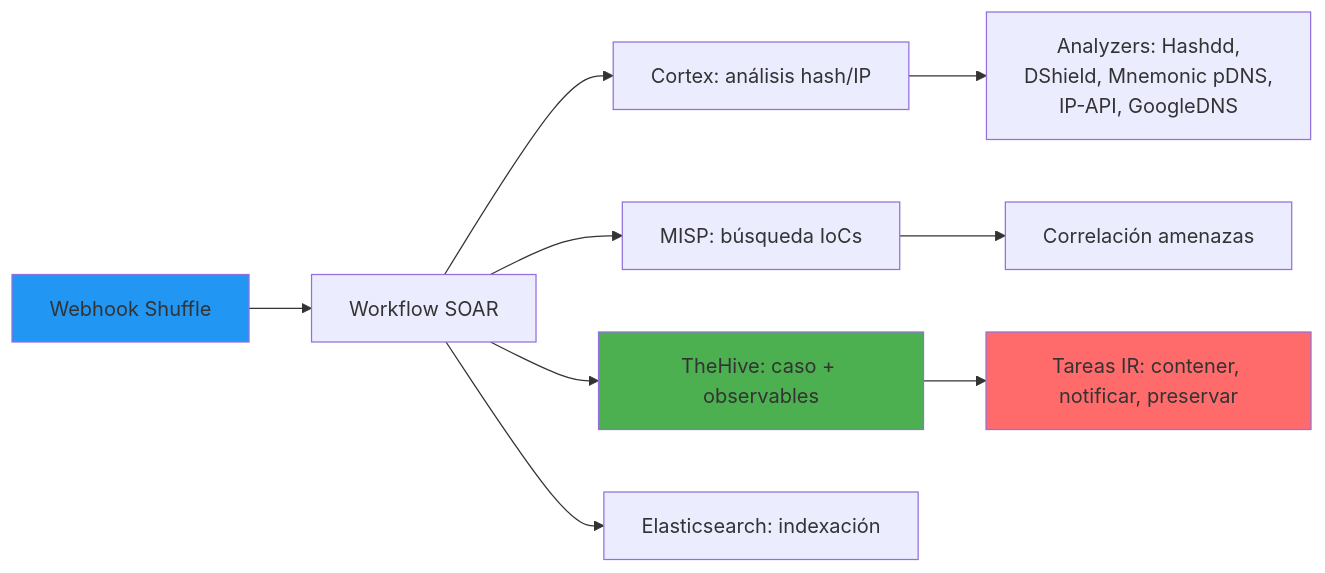
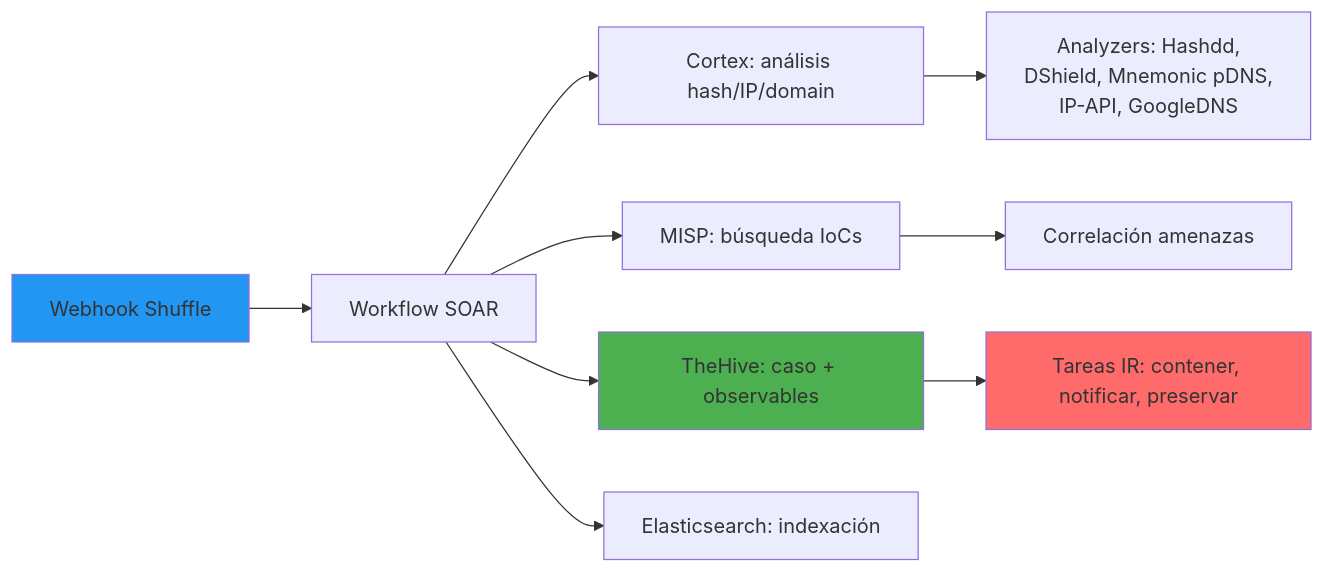
Before and after one commit to alesanfe/soar-ransomware-lab: diagram 12 of 12 in docs/thesis/appendix_f.md, drawn with Mermaid. The commit also changed other lines of this file, not shown here.

First line of the commit message:
fix(thesis): Anexo F - corrige incoherencias en diagramas Mermaid

````diff
--- a/docs/thesis/appendix_f.md
+++ b/docs/thesis/appendix_f.md
@@ -420,14 +422,14 @@
 ```mermaid
 graph LR
  A[Webhook Shuffle] --> B[Workflow SOAR]
- B --> C[Cortex: análisis hash/IP]
+ B --> C[Cortex: análisis hash/IP/domain]
  B --> D[MISP: búsqueda IoCs]
  B --> E[TheHive: caso + observables]
  B --> F[Elasticsearch: indexación]
  C --> G[Analyzers: Hashdd,<br/>DShield, Mnemonic pDNS,<br/>IP-API, GoogleDNS]
  D --> H[Correlación amenazas]
  E --> I[Tareas IR: contener, notificar, preservar]
  style A fill:#2196F3
  style E fill:#4CAF50
  style I fill:#ff6b6b
 ```
````
